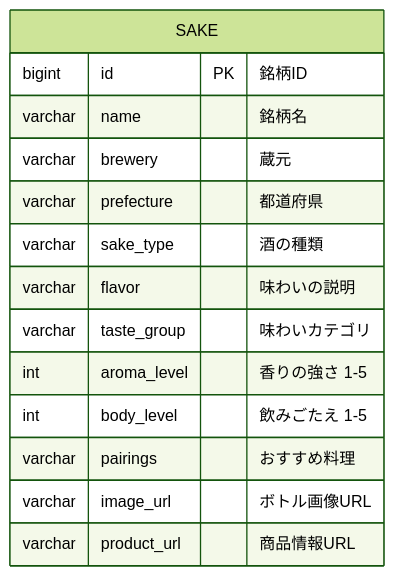
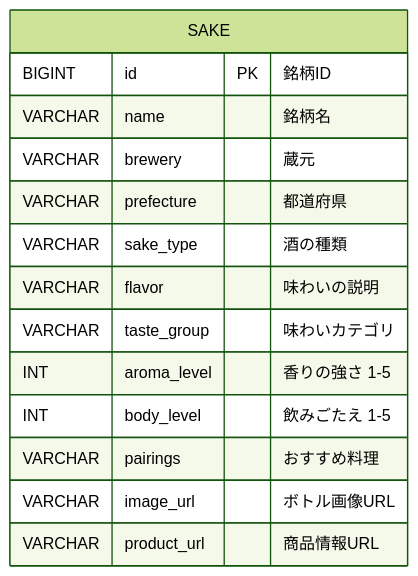
The first of 2 diagrams in README.md (s21453075-sys/sake-compass), drawn with Mermaid (forest theme) before and after one commit. The commit also changed other lines of this file, not shown here.

```diff
--- a/README.md
+++ b/README.md
@@ -57,17 +48,17 @@
 ~~~mermaid
 erDiagram
     SAKE {
-        bigint id PK "銘柄ID"
-        varchar name "銘柄名"
-        varchar brewery "蔵元"
-        varchar prefecture "都道府県"
-        varchar sake_type "酒の種類"
-        varchar flavor "味わいの説明"
-        varchar taste_group "味わいカテゴリ"
-        int aroma_level "香りの強さ 1-5"
-        int body_level "飲みごたえ 1-5"
-        varchar pairings "おすすめ料理"
-        varchar image_url "ボトル画像URL"
-        varchar product_url "商品情報URL"
+        BIGINT id PK "銘柄ID"
+        VARCHAR name "銘柄名"
+        VARCHAR brewery "蔵元"
+        VARCHAR prefecture "都道府県"
+        VARCHAR sake_type "酒の種類"
+        VARCHAR flavor "味わいの説明"
+        VARCHAR taste_group "味わいカテゴリ"
+        INT aroma_level "香りの強さ 1-5"
+        INT body_level "飲みごたえ 1-5"
+        VARCHAR pairings "おすすめ料理"
+        VARCHAR image_url "ボトル画像URL"
+        VARCHAR product_url "商品情報URL"
     }
 ~~~
```
